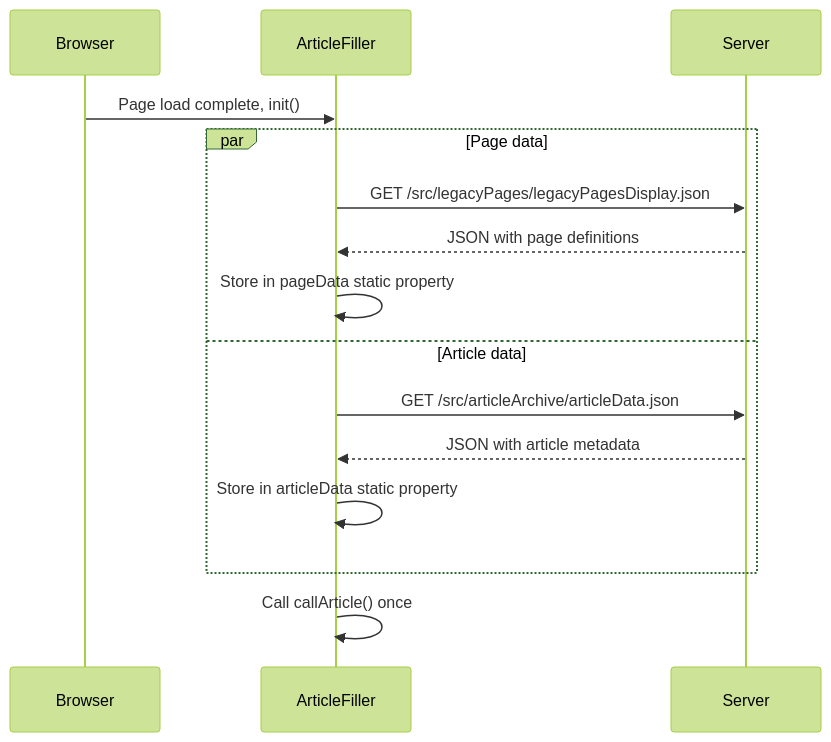
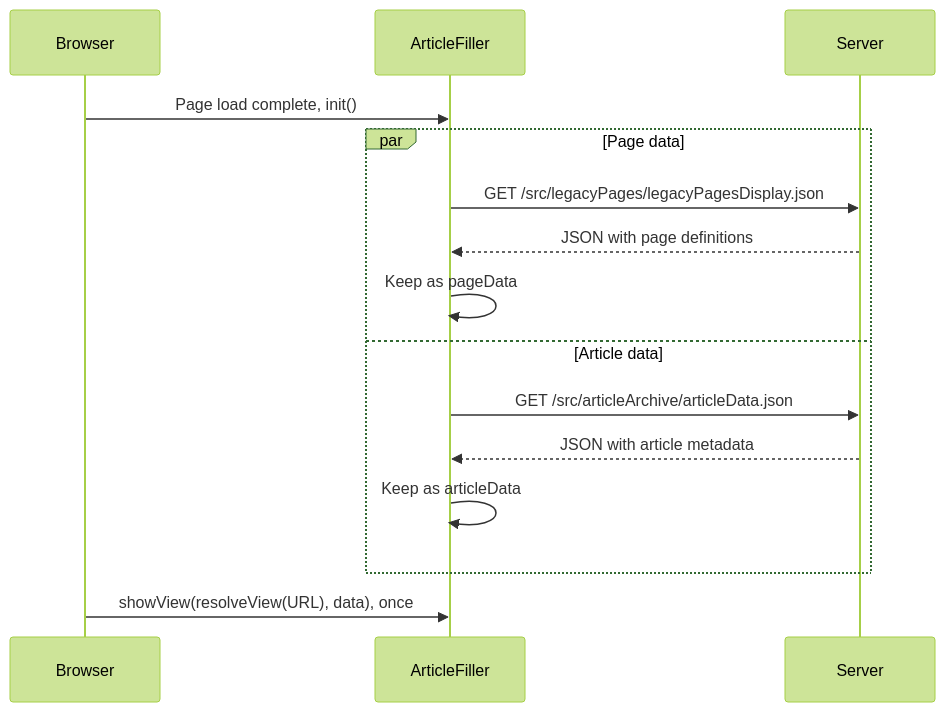
One commit to AlexJSully/Small-Dev-Talk changed the second of 5 diagrams in docs/architecture/data-flow.md. Above: the diagram before and after it, drawn with Mermaid (forest theme). The commit also changed other lines of this file and 9 other files, not shown here.

First line of the commit message:
Shrink ArticleFiller to three methods and fix query-string routing (#122)

````diff
--- a/docs/architecture/data-flow.md
+++ b/docs/architecture/data-flow.md
@@ -127,20 +127,20 @@
 ```mermaid
 sequenceDiagram
     accTitle: Article data retrieval sequence
-    accDescr: After the browser completes loading, init() has ArticleFiller fetch legacyPagesDisplay.json and articleData.json together, store them in the pageData and articleData static properties, then call callArticle() once both requests succeed.
+    accDescr: After the browser completes loading, init() has ArticleFiller fetch legacyPagesDisplay.json and articleData.json together, resolve with both, then show the view resolveView() reads from the URL once both requests succeed.
     participant Browser
     participant AF as ArticleFiller
     participant Server
 
     Browser->>AF: Page load complete, init()
     par Page data
         AF->>Server: GET /src/legacyPages/legacyPagesDisplay.json
         Server-->>AF: JSON with page definitions
-        AF->>AF: Store in pageData static property
+        AF->>AF: Keep as pageData
     and Article data
         AF->>Server: GET /src/articleArchive/articleData.json
         Server-->>AF: JSON with article metadata
-        AF->>AF: Store in articleData static property
+        AF->>AF: Keep as articleData
     end
-    AF->>AF: Call callArticle() once
+    Browser->>AF: showView(resolveView(URL), data), once
 ```
````
